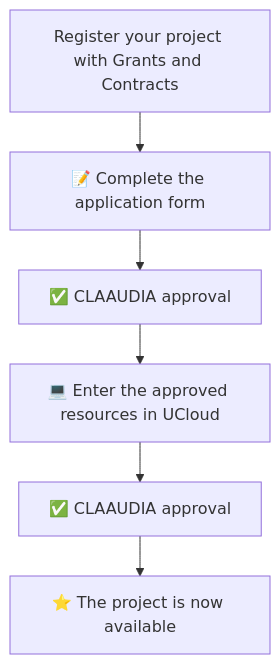
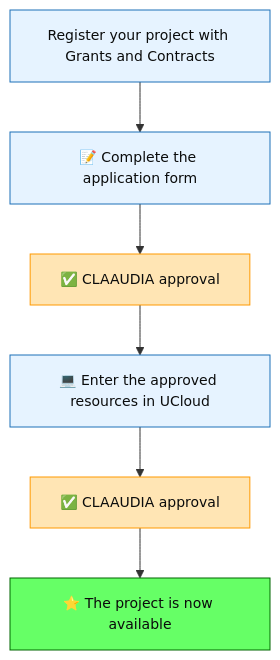
Before and after one commit to aau-claaudia/hpc: the diagram in docs/ucloud/guides/sensitive-data-on-ucloud.md, drawn with Mermaid. The commit also changed 2 other files, not shown here.

Commit message:
align mermaid plot UCloud

````diff
--- a/docs/ucloud/guides/sensitive-data-on-ucloud.md
+++ b/docs/ucloud/guides/sensitive-data-on-ucloud.md
@@ -4,26 +4,23 @@
   ```mermaid
-  %%{init: {
-    'themeVariables': {
-      'fontSize': '16px',
-      'nodeBorderRadius': 16
-    },
-    'flowchart': {
-      'htmlLabels': true,
-      'wrap': true,
-      'useMaxWidth': false,
-      'diagramPadding': 8,
-      'nodeSpacing': 40,
-      'rankSpacing': 40
-    }
-  }}%%
   graph TD
       A[Register your project with Grants and Contracts] --> B[📝 Complete the application form]
       B --> C[✅ CLAAUDIA approval]
       C --> D[💻 Enter the approved resources in UCloud]
       D --> E[✅ CLAAUDIA approval]
       E --> F[⭐ The project is now available]
 
       click A "https://aaudk.sharepoint.com/sites/persondata-ressourcer/SitePages/Registrations%20og%20reports%20(Online%20forms).aspx" "Open Grants and Contracts registration" _blank
       click B "https://forms.office.com/e/8Khbr1TJGC" "Open application form" _blank
       click D "https://cloud.sdu.dk/app/dashboard" "Open UCloud dashboard" _blank
+
+
+          %% Define classes for colors
+    classDef User fill:#e6f3ff,stroke:#1d70b8,color:#0b0c0c,font-size:14px;
+    classDef CLAAUDIA fill:#ffe5b4,stroke:#ff9900,color:#0b0c0c,font-size:14px;
+    classDef Completed fill:#66ff66,stroke:#006600,color:#0b0c0c,font-size:14px;
+
+    %% Assign classes
+    class A,B,D User;
+    class C,E CLAAUDIA;
+    class F Completed;
   ```
````
